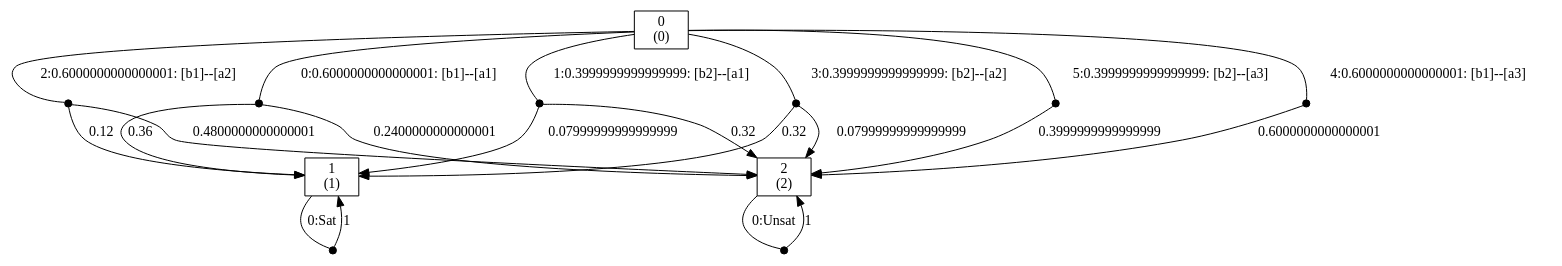
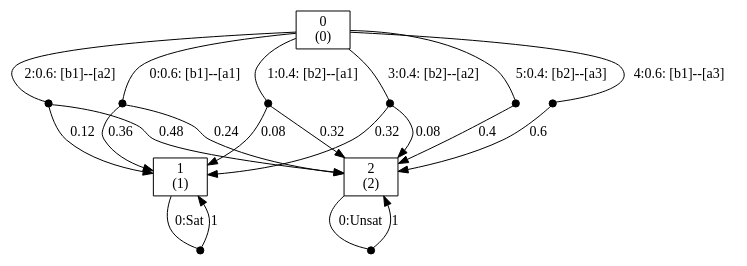
One commit to prismmodelchecker/prism-games changed the diagram in prism-tests/functionality/export/strat/exportstrat-csg-min2.prism.props.dot. Above: the diagram before and after it, drawn with Graphviz. The commit also changed 7 other files, not shown here.

```diff
--- a/prism-tests/functionality/export/strat/exportstrat-csg-min2.prism.props.dot
+++ b/prism-tests/functionality/export/strat/exportstrat-csg-min2.prism.props.dot
@@ -1,59 +1,59 @@
 digraph M {
 node [label="",shape="box"];
 0 [label="0\n(0)"];
-0 -> n0_0  [label="0:0.6000000000000001: [b1]--[a1]",arrowhead="none"];
+0 -> n0_0  [label="0:0.6: [b1]--[a1]",arrowhead="none"];
 n0_0 [ shape=point,width=0.1,height=0.1,label="" ];
 n0_0 -> 1 [label="0.36"];
-n0_0 -> 2 [label="0.2400000000000001"];
-0 -> n0_1  [label="1:0.3999999999999999: [b2]--[a1]",arrowhead="none"];
+n0_0 -> 2 [label="0.24"];
+0 -> n0_1  [label="1:0.4: [b2]--[a1]",arrowhead="none"];
 n0_1 [ shape=point,width=0.1,height=0.1,label="" ];
-n0_1 -> 1 [label="0.07999999999999999"];
+n0_1 -> 1 [label="0.08"];
 n0_1 -> 2 [label="0.32"];
-0 -> n0_2  [label="2:0.6000000000000001: [b1]--[a2]",arrowhead="none"];
+0 -> n0_2  [label="2:0.6: [b1]--[a2]",arrowhead="none"];
 n0_2 [ shape=point,width=0.1,height=0.1,label="" ];
 n0_2 -> 1 [label="0.12"];
-n0_2 -> 2 [label="0.4800000000000001"];
-0 -> n0_3  [label="3:0.3999999999999999: [b2]--[a2]",arrowhead="none"];
+n0_2 -> 2 [label="0.48"];
+0 -> n0_3  [label="3:0.4: [b2]--[a2]",arrowhead="none"];
 n0_3 [ shape=point,width=0.1,height=0.1,label="" ];
 n0_3 -> 1 [label="0.32"];
-n0_3 -> 2 [label="0.07999999999999999"];
-0 -> n0_4  [label="4:0.6000000000000001: [b1]--[a3]",arrowhead="none"];
+n0_3 -> 2 [label="0.08"];
+0 -> n0_4  [label="4:0.6: [b1]--[a3]",arrowhead="none"];
 n0_4 [ shape=point,width=0.1,height=0.1,label="" ];
-n0_4 -> 2 [label="0.6000000000000001"];
-0 -> n0_5  [label="5:0.3999999999999999: [b2]--[a3]",arrowhead="none"];
+n0_4 -> 2 [label="0.6"];
+0 -> n0_5  [label="5:0.4: [b2]--[a3]",arrowhead="none"];
 n0_5 [ shape=point,width=0.1,height=0.1,label="" ];
-n0_5 -> 2 [label="0.3999999999999999"];
+n0_5 -> 2 [label="0.4"];
 1 [label="1\n(1)"];
 1 -> n1_0  [label="0:Sat",arrowhead="none"];
 n1_0 [ shape=point,width=0.1,height=0.1,label="" ];
 n1_0 -> 1 [label="1"];
 2 [label="2\n(2)"];
 2 -> n2_0  [label="0:Unsat",arrowhead="none"];
 n2_0 [ shape=point,width=0.1,height=0.1,label="" ];
 n2_0 -> 2 [label="1"];
 }
 
 /*
  -- Transitions --  
 # Transitions (MDP)
 3 8 12
-0 0 1 0.36 0.6000000000000001: [b1]--[a1]
-0 0 2 0.2400000000000001 0.6000000000000001: [b1]--[a1]
-0 1 1 0.07999999999999999 0.3999999999999999: [b2]--[a1]
-0 1 2 0.32 0.3999999999999999: [b2]--[a1]
-0 2 1 0.12 0.6000000000000001: [b1]--[a2]
-0 2 2 0.4800000000000001 0.6000000000000001: [b1]--[a2]
-0 3 1 0.32 0.3999999999999999: [b2]--[a2]
-0 3 2 0.07999999999999999 0.3999999999999999: [b2]--[a2]
-0 4 2 0.6000000000000001 0.6000000000000001: [b1]--[a3]
-0 5 2 0.3999999999999999 0.3999999999999999: [b2]--[a3]
+0 0 1 0.36 0.6: [b1]--[a1]
+0 0 2 0.24 0.6: [b1]--[a1]
+0 1 1 0.08 0.4: [b2]--[a1]
+0 1 2 0.32 0.4: [b2]--[a1]
+0 2 1 0.12 0.6: [b1]--[a2]
+0 2 2 0.48 0.6: [b1]--[a2]
+0 3 1 0.32 0.4: [b2]--[a2]
+0 3 2 0.08 0.4: [b2]--[a2]
+0 4 2 0.6 0.6: [b1]--[a3]
+0 5 2 0.4 0.4: [b2]--[a3]
 1 0 1 1 Sat
 2 0 2 1 Unsat
 
  -- States --  
 # States
 (s)
 0:(0)
 1:(1)
 2:(2)
 */
```
